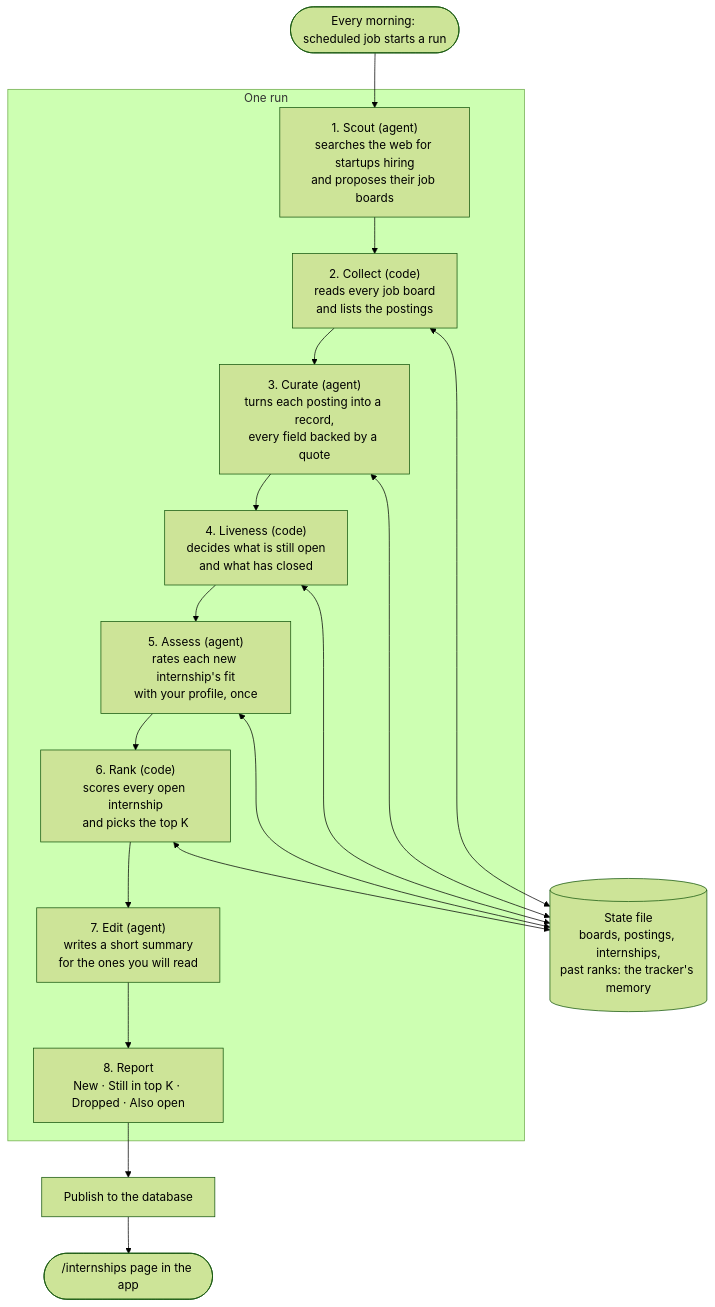
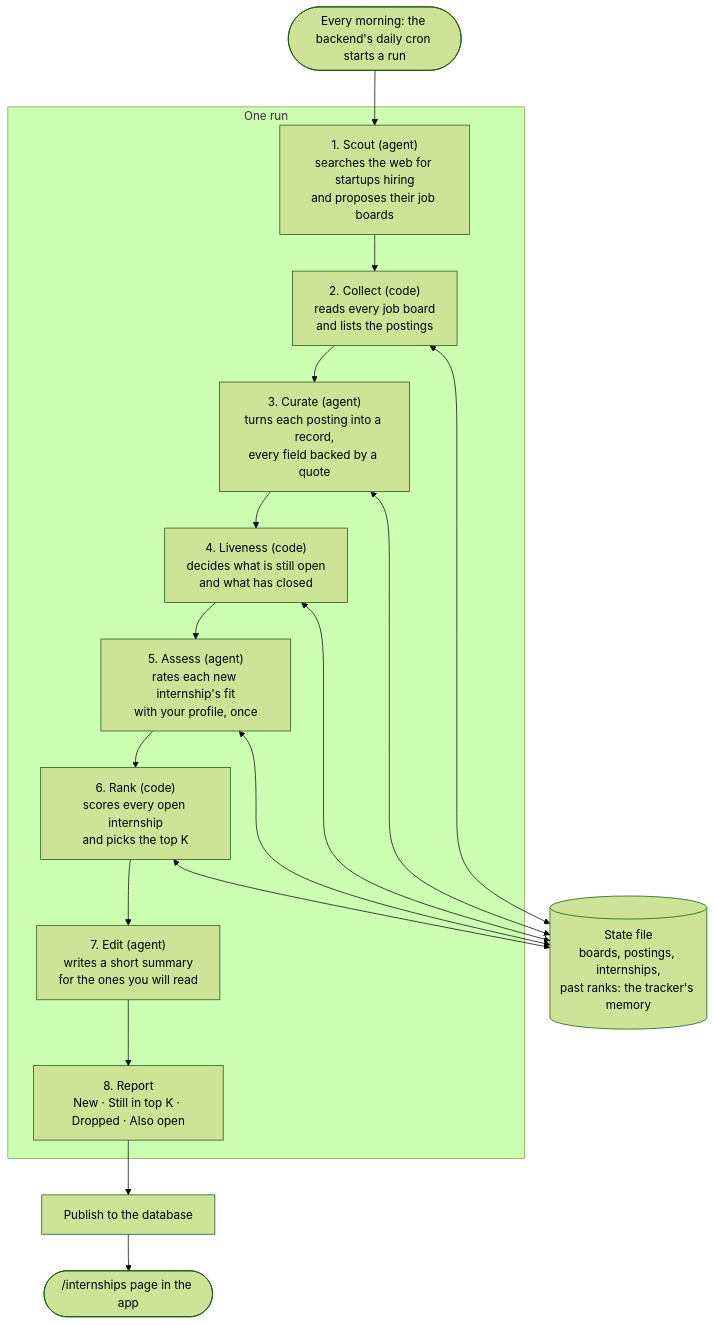
One commit to Kildrese/mobile-systems-assignment changed the first of 2 diagrams in docs/agent-loop.md. Above: the diagram before and after it, drawn with Mermaid (forest theme). The commit also changed 21 other files, not shown here.

First line of the commit message:
Start the daily tracker run from Vercel Cron, once per UTC day (#29)

````diff
--- a/docs/agent-loop.md
+++ b/docs/agent-loop.md
@@ -9,22 +9,22 @@
 ```mermaid
 flowchart TD
-    cron(["Every morning: scheduled job starts a run"]) --> scout
+    cron(["Every morning: the backend's daily cron starts a run"]) --> scout
     subgraph run ["One run"]
         scout["1. Scout (agent)<br/>searches the web for startups hiring<br/>and proposes their job boards"]
         collect["2. Collect (code)<br/>reads every job board<br/>and lists the postings"]
         curate["3. Curate (agent)<br/>turns each posting into a record,<br/>every field backed by a quote"]
         liveness["4. Liveness (code)<br/>decides what is still open<br/>and what has closed"]
         assess["5. Assess (agent)<br/>rates each new internship's fit<br/>with your profile, once"]
         rank["6. Rank (code)<br/>scores every open internship<br/>and picks the top K"]
         edit["7. Edit (agent)<br/>writes a short summary<br/>for the ones you will read"]
         report["8. Report<br/>New · Still in top K · Dropped · Also open"]
         scout --> collect --> curate --> liveness --> assess --> rank --> edit --> report
     end
     memory[("State file<br/>boards, postings, internships,<br/>past ranks: the tracker's memory")]
     collect <--> memory
     curate <--> memory
     liveness <--> memory
     assess <--> memory
     rank <--> memory
     report --> publish["Publish to the database"] --> app(["/internships page in the app"])
 ```
````
